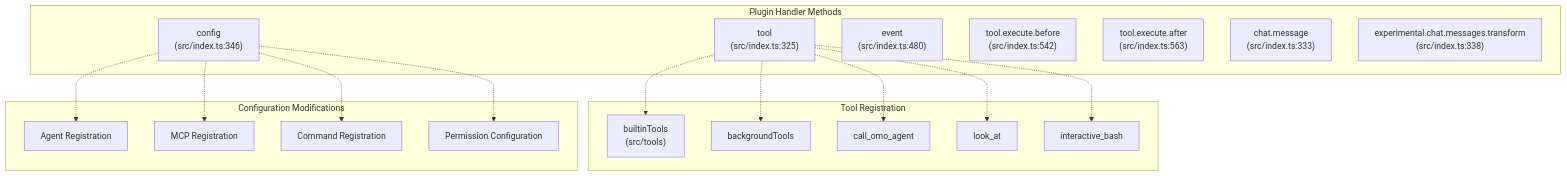
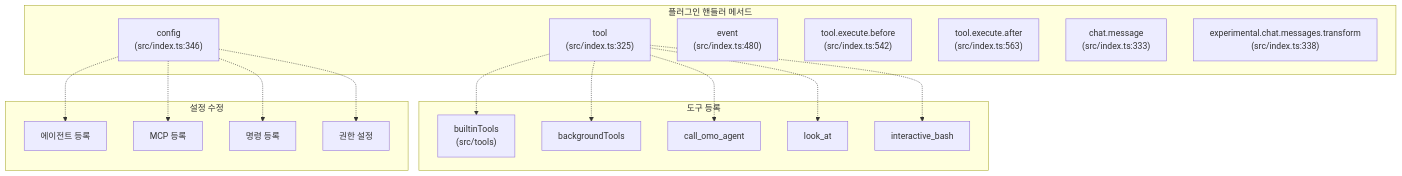
One commit to felipetruman/oh-my-opencode-docs changed the fourth of 8 diagrams in docs/architecture/core-architecture.md. Above: the diagram before and after it, drawn with Mermaid. The commit also changed other lines of this file and 76 other files, not shown here.

````diff
--- a/docs/architecture/core-architecture.md
+++ b/docs/architecture/core-architecture.md
@@ -275,55 +267,55 @@
 ```mermaid
 flowchart TD
 
 ConfigHook["config<br>(src/index.ts:346)"]
 ToolHook["tool<br>(src/index.ts:325)"]
 EventHook["event<br>(src/index.ts:480)"]
 PreToolHook["tool.execute.before<br>(src/index.ts:542)"]
 PostToolHook["tool.execute.after<br>(src/index.ts:563)"]
 ChatMsg["chat.message<br>(src/index.ts:333)"]
 Transform["experimental.chat.messages.transform<br>(src/index.ts:338)"]
-AgentConfig["Agent Registration"]
-MCPConfig["MCP Registration"]
-CommandConfig["Command Registration"]
-PermConfig["Permission Configuration"]
+AgentConfig["에이전트 등록"]
+MCPConfig["MCP 등록"]
+CommandConfig["명령 등록"]
+PermConfig["권한 설정"]
 BuiltinTools["builtinTools<br>(src/tools)"]
 BgTools["backgroundTools"]
 CallAgent["call_omo_agent"]
 LookAt["look_at"]
 InteractiveBash["interactive_bash"]
 
 ConfigHook -.-> AgentConfig
 ConfigHook -.-> MCPConfig
 ConfigHook -.-> CommandConfig
 ConfigHook -.-> PermConfig
 ToolHook -.-> BuiltinTools
 ToolHook -.-> BgTools
 ToolHook -.-> CallAgent
 ToolHook -.-> LookAt
 ToolHook -.-> InteractiveBash
 
-subgraph subGraph2 ["Tool Registration"]
+subgraph subGraph2 ["도구 등록"]
     BuiltinTools
     BgTools
     CallAgent
     LookAt
     InteractiveBash
 end
 
-subgraph subGraph1 ["Configuration Modifications"]
+subgraph subGraph1 ["설정 수정"]
     AgentConfig
     MCPConfig
     CommandConfig
     PermConfig
 end
 
-subgraph subGraph0 ["Plugin Handler Methods"]
+subgraph subGraph0 ["플러그인 핸들러 메서드"]
     ConfigHook
     ToolHook
     EventHook
     PreToolHook
     PostToolHook
     ChatMsg
     Transform
 end
 ```
````
